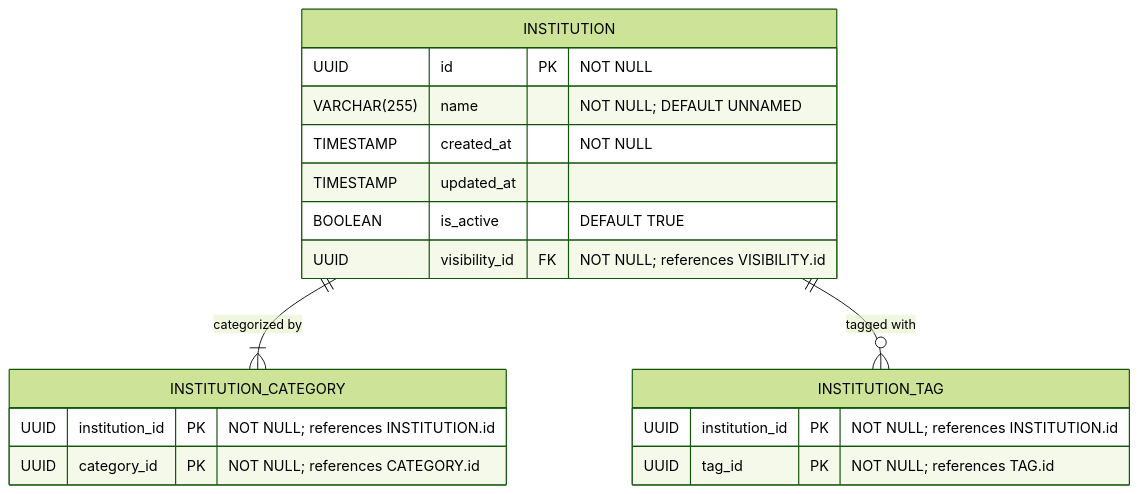
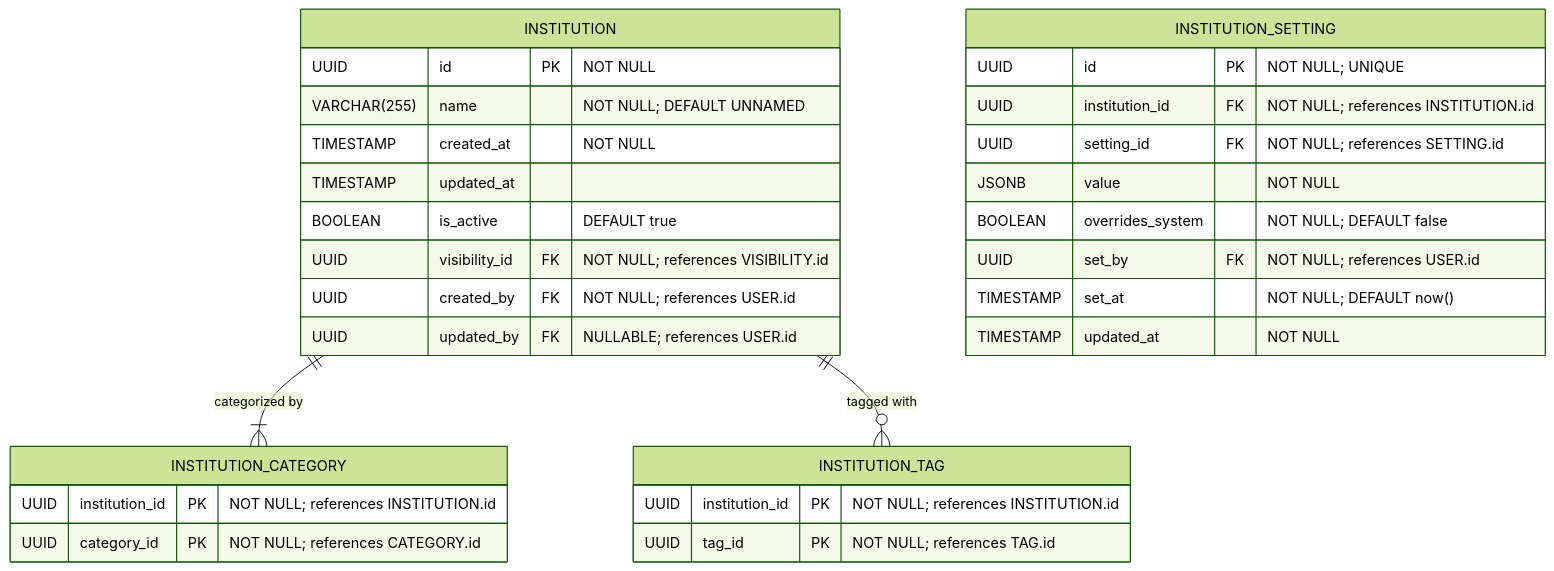
The diagram in docs/institution/core_institution_definition_basic_metadata.md (Dratharias/Motriforge), drawn with Mermaid (forest theme) before and after one commit. The commit also changed other lines of this file and 31 other files, not shown here.

````diff
--- a/docs/institution/core_institution_definition_basic_metadata.md
+++ b/docs/institution/core_institution_definition_basic_metadata.md
@@ -8,27 +8,40 @@
 ```mermaid
 erDiagram
   %%=== Layer 1: Core Institution & Classification ===%%
 
   INSTITUTION {
     UUID id PK             "NOT NULL"
     VARCHAR(255) name      "NOT NULL; DEFAULT UNNAMED"
     TIMESTAMP created_at   "NOT NULL"
     TIMESTAMP updated_at
-    BOOLEAN is_active      "DEFAULT TRUE"
+    BOOLEAN is_active      "DEFAULT true"
     UUID visibility_id FK  "NOT NULL; references VISIBILITY.id"
+    UUID created_by FK                 "NOT NULL; references USER.id"
+    UUID updated_by FK                 "NULLABLE; references USER.id"
+  }
+
+  INSTITUTION_SETTING {
+    UUID id PK                         "NOT NULL; UNIQUE"
+    UUID institution_id FK             "NOT NULL; references INSTITUTION.id"
+    UUID setting_id FK                 "NOT NULL; references SETTING.id"
+    JSONB value                        "NOT NULL"
+    BOOLEAN overrides_system           "NOT NULL; DEFAULT false"
+    UUID set_by FK                     "NOT NULL; references USER.id"
+    TIMESTAMP set_at                   "NOT NULL; DEFAULT now()"
+    TIMESTAMP updated_at               "NOT NULL"
   }
 
   INSTITUTION_CATEGORY {
     UUID institution_id PK    "NOT NULL; references INSTITUTION.id"
     UUID category_id PK       "NOT NULL; references CATEGORY.id"
   }
 
   INSTITUTION_TAG {
     UUID institution_id PK    "NOT NULL; references INSTITUTION.id"
     UUID tag_id PK            "NOT NULL; references TAG.id"
   }
 
   %%— Relationships in Layer 1 —
   INSTITUTION ||--|{ INSTITUTION_CATEGORY : "categorized by"
   INSTITUTION ||--o{ INSTITUTION_TAG      : "tagged with"
 ```
````
